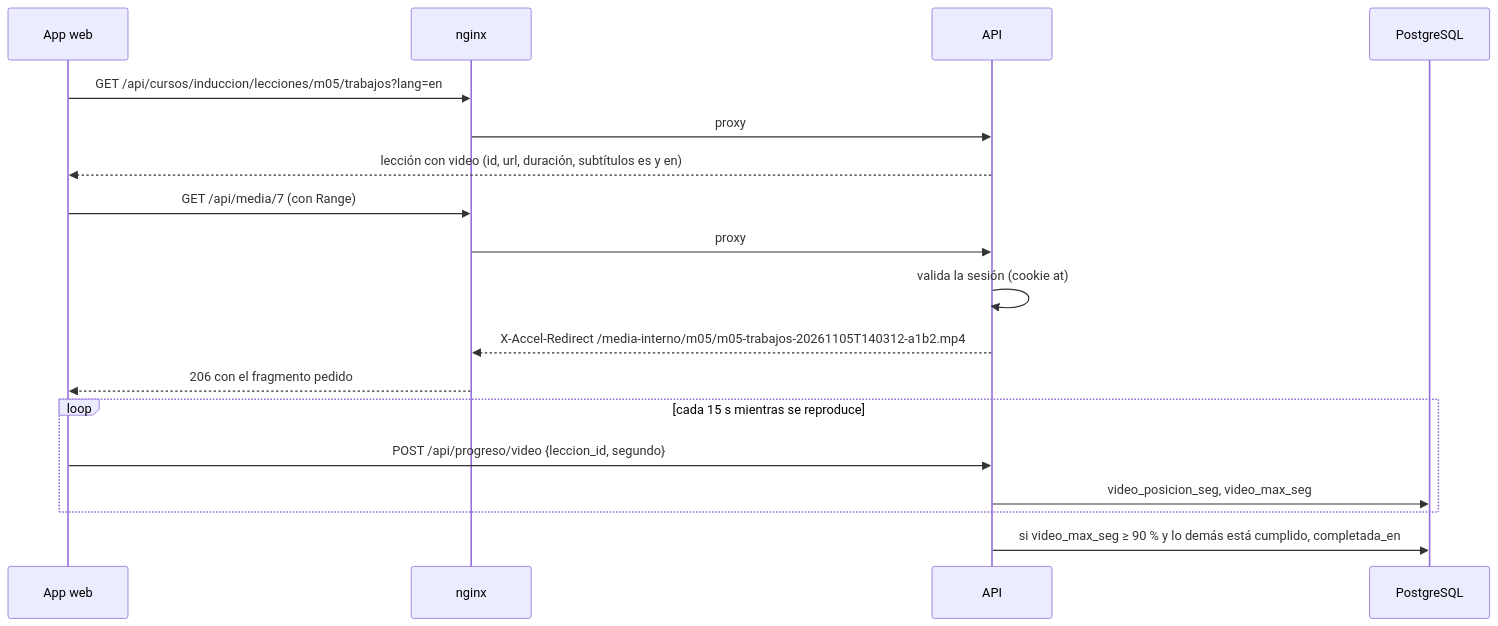
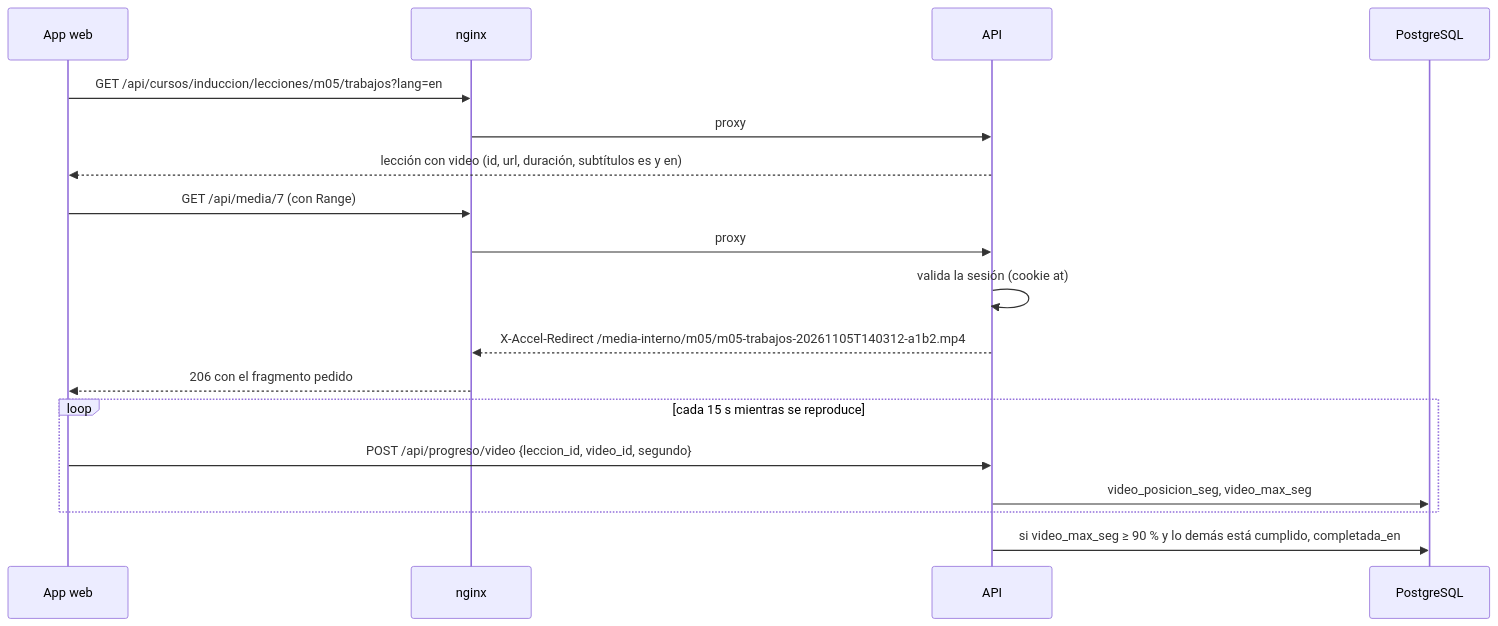
One commit to eafit-apolo/apolo-training changed the sixth of 6 diagrams in docs/diseno/flujos.md. Above: the diagram before and after it, drawn with Mermaid. The commit also changed other lines of this file and 7 other files, not shown here.

````diff
--- a/docs/diseno/flujos.md
+++ b/docs/diseno/flujos.md
@@ -259,21 +259,21 @@
 ```mermaid
 sequenceDiagram
   participant W as App web
   participant N as nginx
   participant API as API
   participant DB as PostgreSQL
 
   W->>N: GET /api/cursos/induccion/lecciones/m05/trabajos?lang=en
   N->>API: proxy
   API-->>W: lección con video (id, url, duración, subtítulos es y en)
   W->>N: GET /api/media/7 (con Range)
   N->>API: proxy
   API->>API: valida la sesión (cookie at)
   API-->>N: X-Accel-Redirect /media-interno/m05/m05-trabajos-20261105T140312-a1b2.mp4
   N-->>W: 206 con el fragmento pedido
   loop cada 15 s mientras se reproduce
-    W->>API: POST /api/progreso/video {leccion_id, segundo}
+    W->>API: POST /api/progreso/video {leccion_id, video_id, segundo}
     API->>DB: video_posicion_seg, video_max_seg
   end
   API->>DB: si video_max_seg ≥ 90 % y lo demás está cumplido, completada_en
 ```
````
